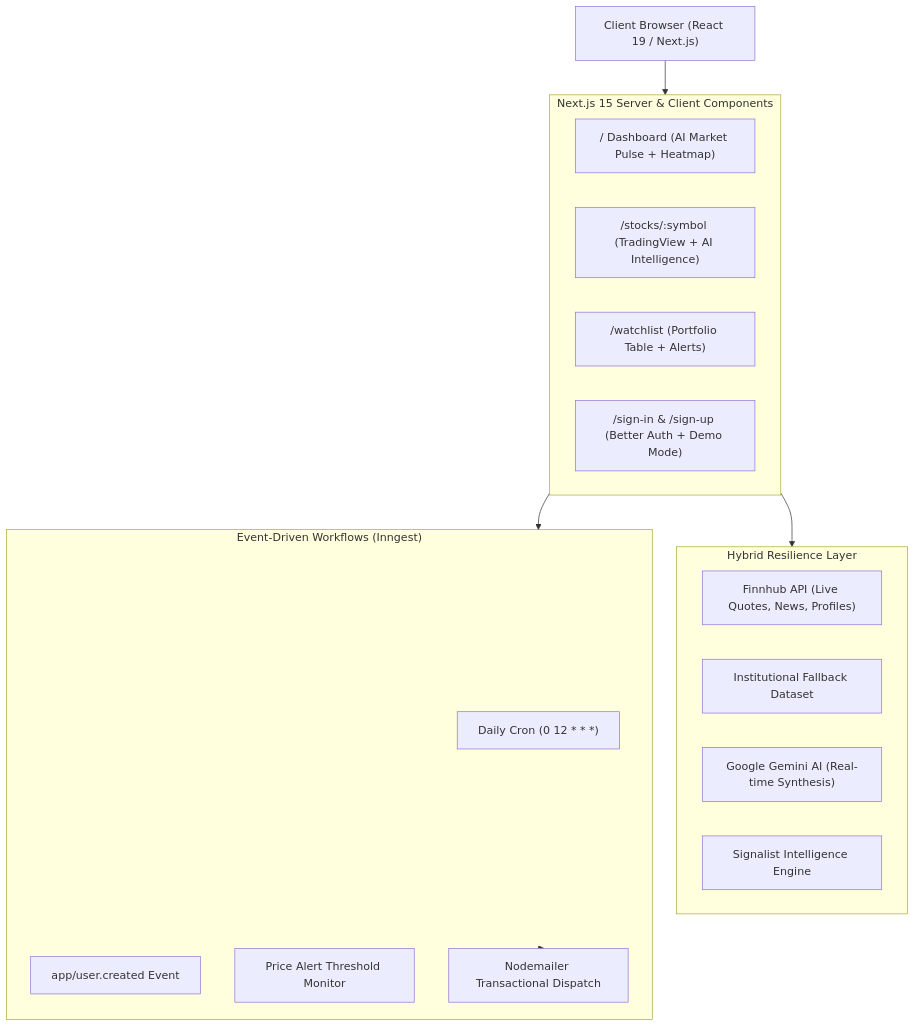
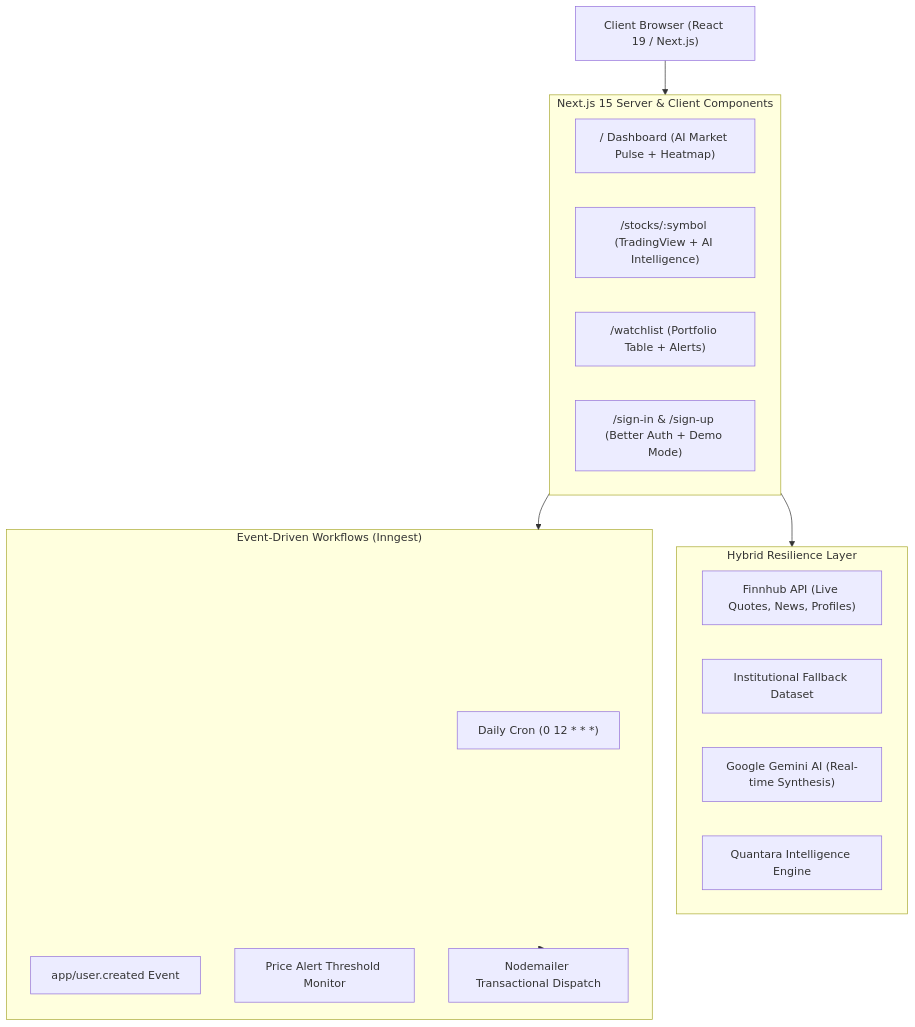
The diagram in RESUME_PROJECT_GUIDE.md (bribo-s/Quantara), drawn with Mermaid before and after one commit. The commit also changed other lines of this file, not shown here.

````diff
--- a/RESUME_PROJECT_GUIDE.md
+++ b/RESUME_PROJECT_GUIDE.md
@@ -27,30 +25,30 @@
 ```mermaid
 flowchart TD
     User["Client Browser (React 19 / Next.js)"]
     
     subgraph Frontend ["Next.js 15 Server & Client Components"]
         UI_Home["/ Dashboard (AI Market Pulse + Heatmap)"]
         UI_Stock["/stocks/:symbol (TradingView + AI Intelligence)"]
         UI_Watch["/watchlist (Portfolio Table + Alerts)"]
         UI_Auth["/sign-in & /sign-up (Better Auth + Demo Mode)"]
     end
     
     subgraph DataLayer ["Hybrid Resilience Layer"]
         FH["Finnhub API (Live Quotes, News, Profiles)"]
         FallbackData["Institutional Fallback Dataset"]
         Gemini["Google Gemini AI (Real-time Synthesis)"]
-        FallbackAI["Signalist Intelligence Engine"]
+        FallbackAI["Quantara Intelligence Engine"]
     end
     
     subgraph Background ["Event-Driven Workflows (Inngest)"]
         CronDaily["Daily Cron (0 12 * * *)"]
         UserCreated["app/user.created Event"]
         AlertTrigger["Price Alert Threshold Monitor"]
         Mailer["Nodemailer Transactional Dispatch"]
     end
 
     User --> Frontend
     Frontend --> DataLayer
     Frontend --> Background
     Background --> Mailer
 ```
````
